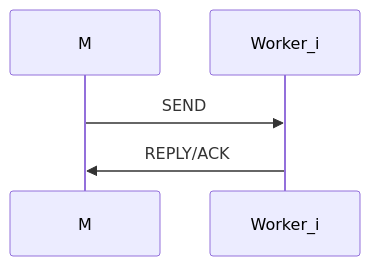
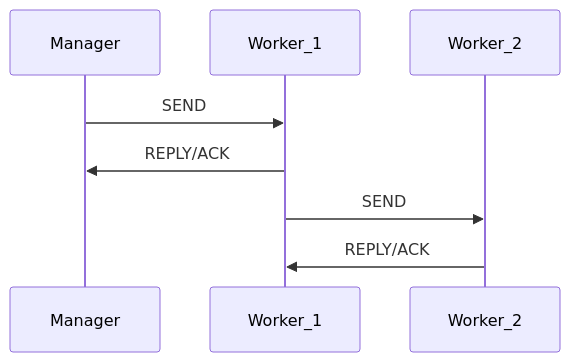
Before and after one commit to duclos-cavalcanti/TreeBuilder: the second of 2 diagrams in docs/slidev/slides/Communication.md, drawn with Mermaid. The commit also changed 11 other files, not shown here.

````diff
--- a/docs/slidev/slides/Communication.md
+++ b/docs/slidev/slides/Communication.md
@@ -41,8 +41,12 @@
 ```mermaid
 sequenceDiagram
-    participant M
-    participant W as Worker_i
+    participant M as Manager
+    participant W1 as Worker_1
+    participant W2 as Worker_2
 
-    M->>W: SEND
-    W->>M: REPLY/ACK
+    M->>W1: SEND
+    W1->>M: REPLY/ACK
+
+    W1->>W2: SEND
+    W2->>W1: REPLY/ACK
 ```
````
